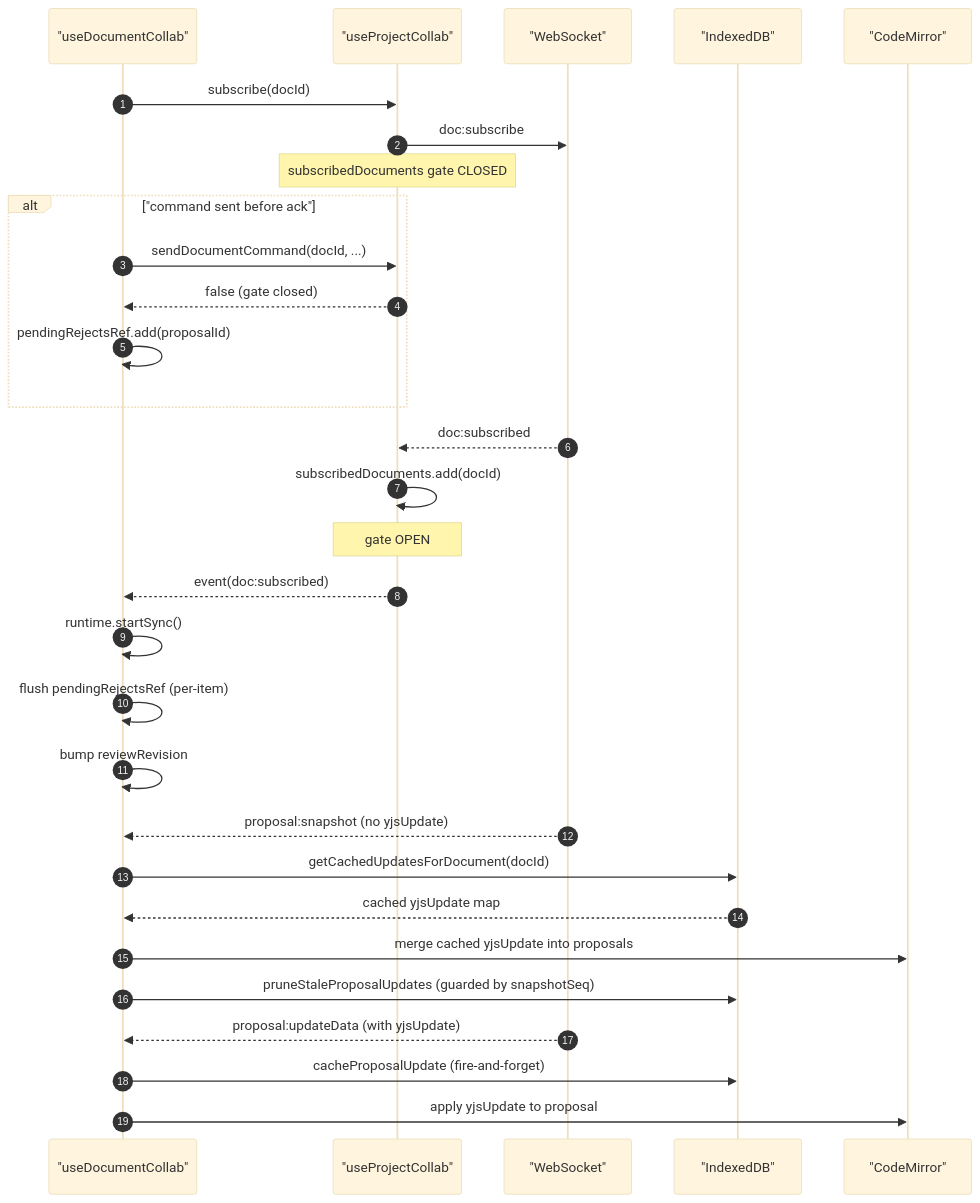
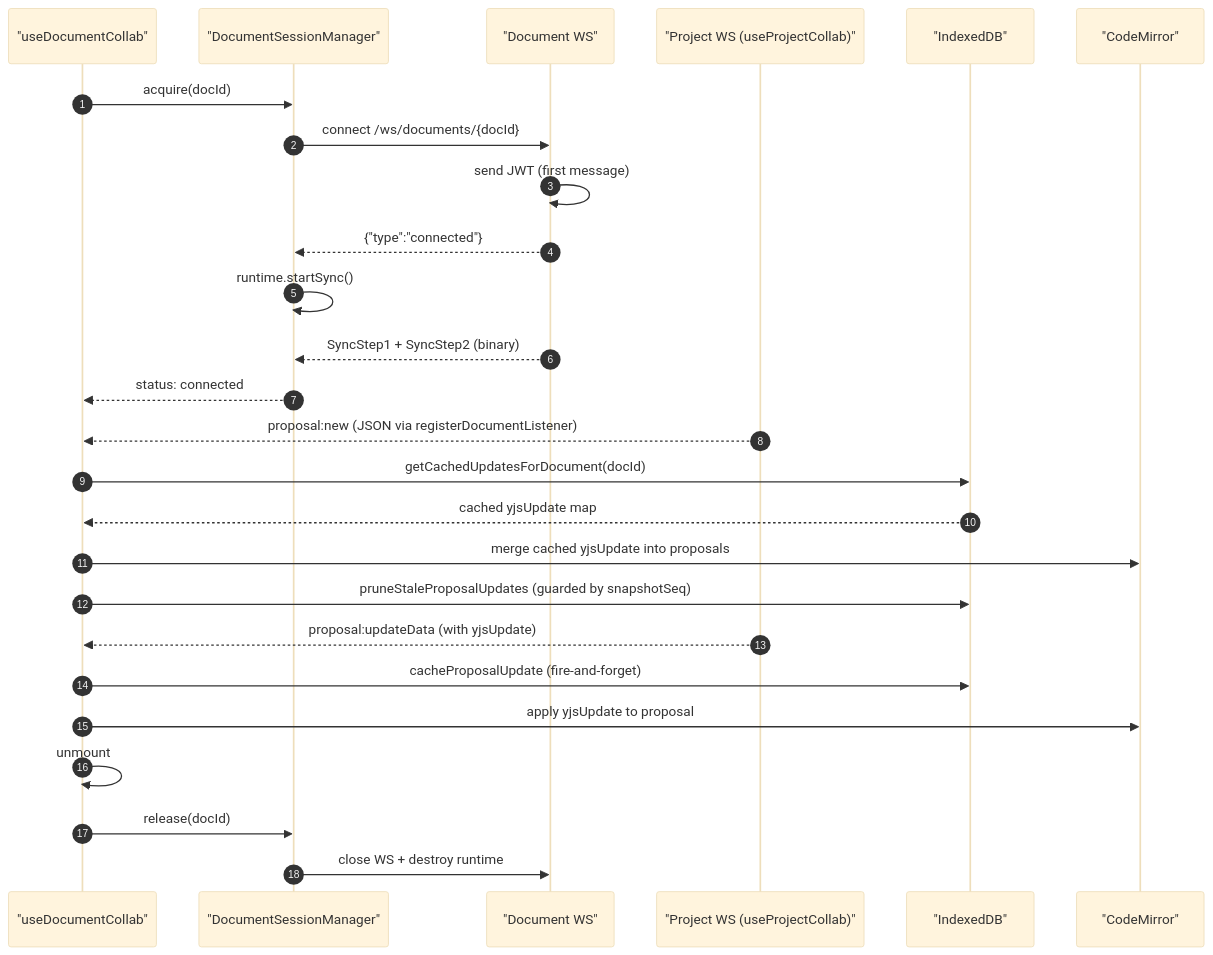
The third of 4 diagrams in _docs/technical/frontend/architecture/sync-system.md (haowjy/meridian-flow), drawn with Mermaid (base theme) before and after one commit. The commit also changed other lines of this file and 25 other files, not shown here.

````diff
--- a/_docs/technical/frontend/architecture/sync-system.md
+++ b/_docs/technical/frontend/architecture/sync-system.md
@@ -213,37 +215,32 @@
 ```mermaid
 sequenceDiagram
     autonumber
     participant Hook as "useDocumentCollab"
-    participant Transport as "useProjectCollab"
-    participant WS as "WebSocket"
+    participant SessMgr as "DocumentSessionManager"
+    participant DocWS as "Document WS"
+    participant ProjWS as "Project WS (useProjectCollab)"
     participant IDB as "IndexedDB"
     participant CM as "CodeMirror"
 
-    Hook->>Transport: subscribe(docId)
-    Transport->>WS: doc:subscribe
-    Note over Transport: subscribedDocuments gate CLOSED
+    Hook->>SessMgr: acquire(docId)
+    SessMgr->>DocWS: connect /ws/documents/{docId}
+    DocWS->>DocWS: send JWT (first message)
+    DocWS-->>SessMgr: {"type":"connected"}
+    SessMgr->>SessMgr: runtime.startSync()
+    DocWS-->>SessMgr: SyncStep1 + SyncStep2 (binary)
+    SessMgr-->>Hook: status: connected
 
-    alt "command sent before ack"
-        Hook->>Transport: sendDocumentCommand(docId, ...)
-        Transport-->>Hook: false (gate closed)
-        Hook->>Hook: pendingRejectsRef.add(proposalId)
-    end
-
-    WS-->>Transport: doc:subscribed
-    Transport->>Transport: subscribedDocuments.add(docId)
-    Note over Transport: gate OPEN
-    Transport-->>Hook: event(doc:subscribed)
-    Hook->>Hook: runtime.startSync()
-    Hook->>Hook: flush pendingRejectsRef (per-item)
-    Hook->>Hook: bump reviewRevision
-
-    WS-->>Hook: proposal:snapshot (no yjsUpdate)
+    ProjWS-->>Hook: proposal:new (JSON via registerDocumentListener)
     Hook->>IDB: getCachedUpdatesForDocument(docId)
     IDB-->>Hook: cached yjsUpdate map
     Hook->>CM: merge cached yjsUpdate into proposals
     Hook->>IDB: pruneStaleProposalUpdates (guarded by snapshotSeq)
 
-    WS-->>Hook: proposal:updateData (with yjsUpdate)
+    ProjWS-->>Hook: proposal:updateData (with yjsUpdate)
     Hook->>IDB: cacheProposalUpdate (fire-and-forget)
     Hook->>CM: apply yjsUpdate to proposal
+
+    Hook->>Hook: unmount
+    Hook->>SessMgr: release(docId)
+    SessMgr->>DocWS: close WS + destroy runtime
 ```
````
